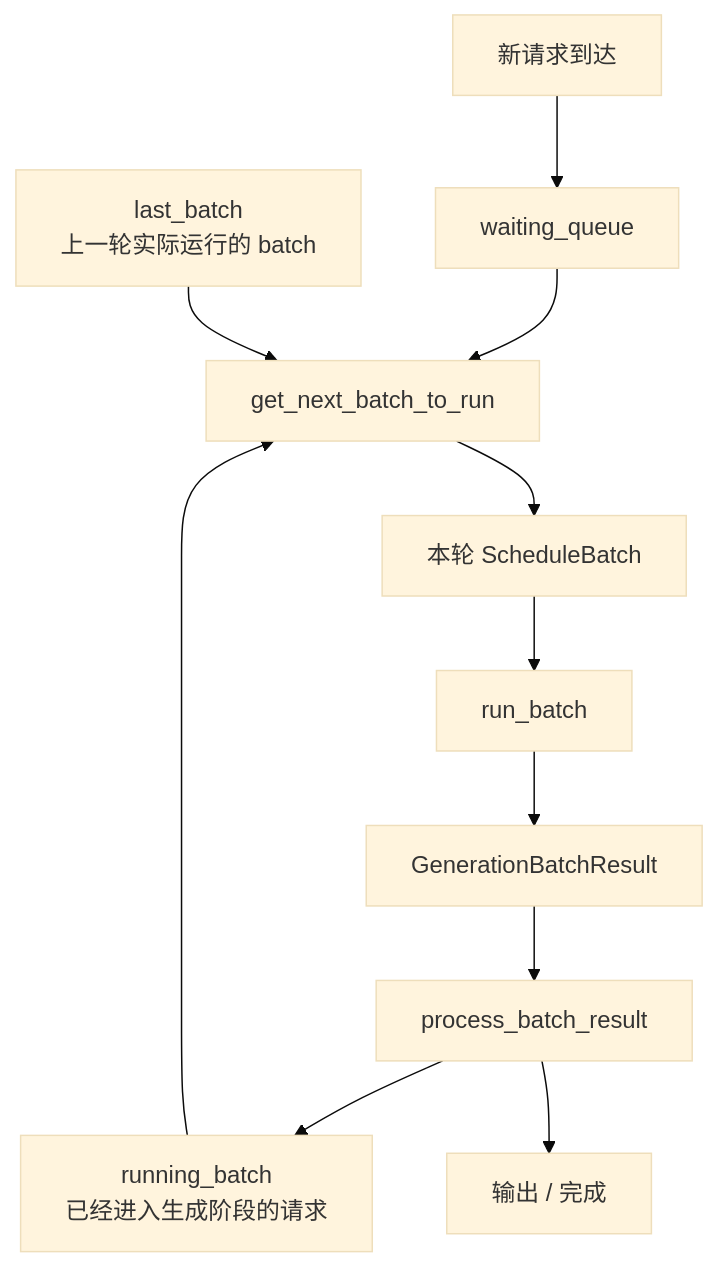
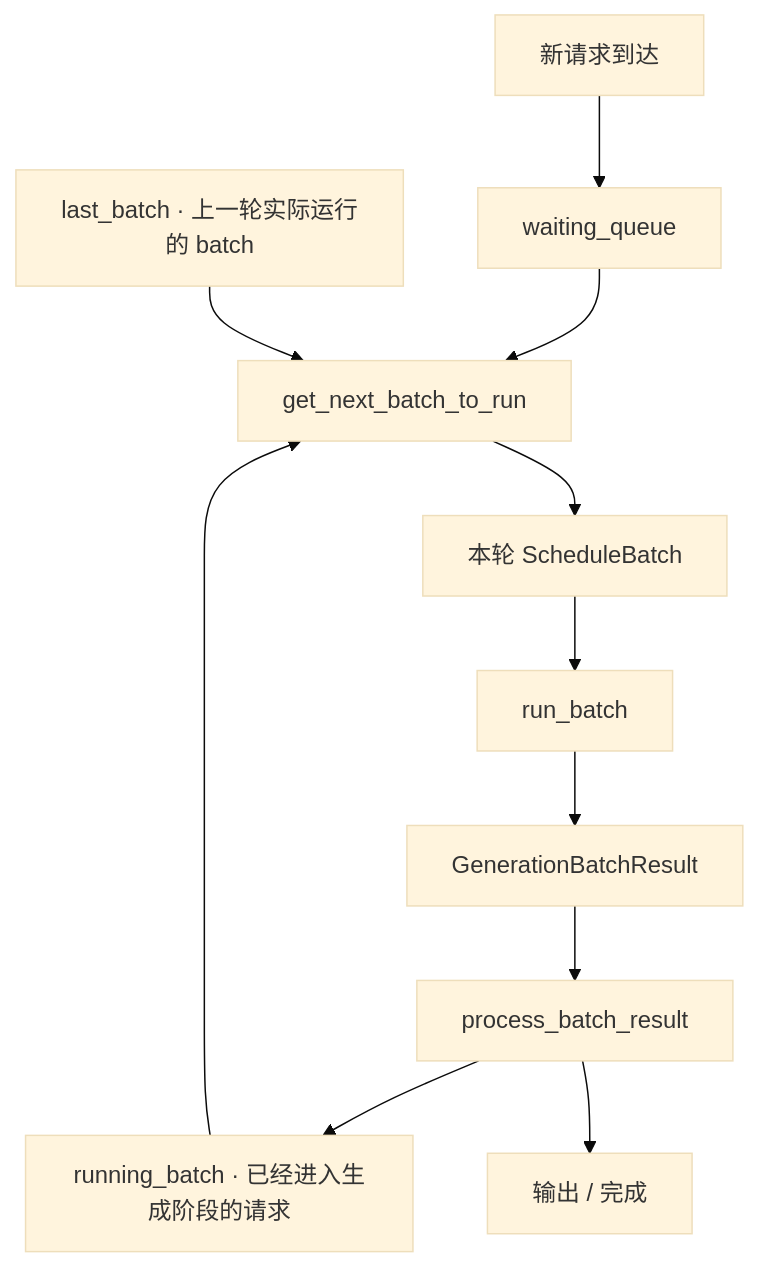
The first of 5 diagrams in docs/sglang/sglang-scheduler-source-analysis.md (AkiYangDev/llm-inference-notes), drawn with Mermaid (base theme) before and after one commit. The commit also changed other lines of this file and 44 other files, not shown here.

````diff
--- a/docs/sglang/sglang-scheduler-source-analysis.md
+++ b/docs/sglang/sglang-scheduler-source-analysis.md
@@ -43,14 +31,14 @@
 ```mermaid
 flowchart TD
     A[新请求到达] --> B[waiting_queue]
     B --> C[get_next_batch_to_run]
-    R[running_batch<br/>已经进入生成阶段的请求] --> C
-    L[last_batch<br/>上一轮实际运行的 batch] --> C
+    R[running_batch · 已经进入生成阶段的请求] --> C
+    L[last_batch · 上一轮实际运行的 batch] --> C
 
     C --> P[本轮 ScheduleBatch]
     P --> X[run_batch]
     X --> Y[GenerationBatchResult]
     Y --> Z[process_batch_result]
     Z --> R
     Z --> O[输出 / 完成]
 ```
````
